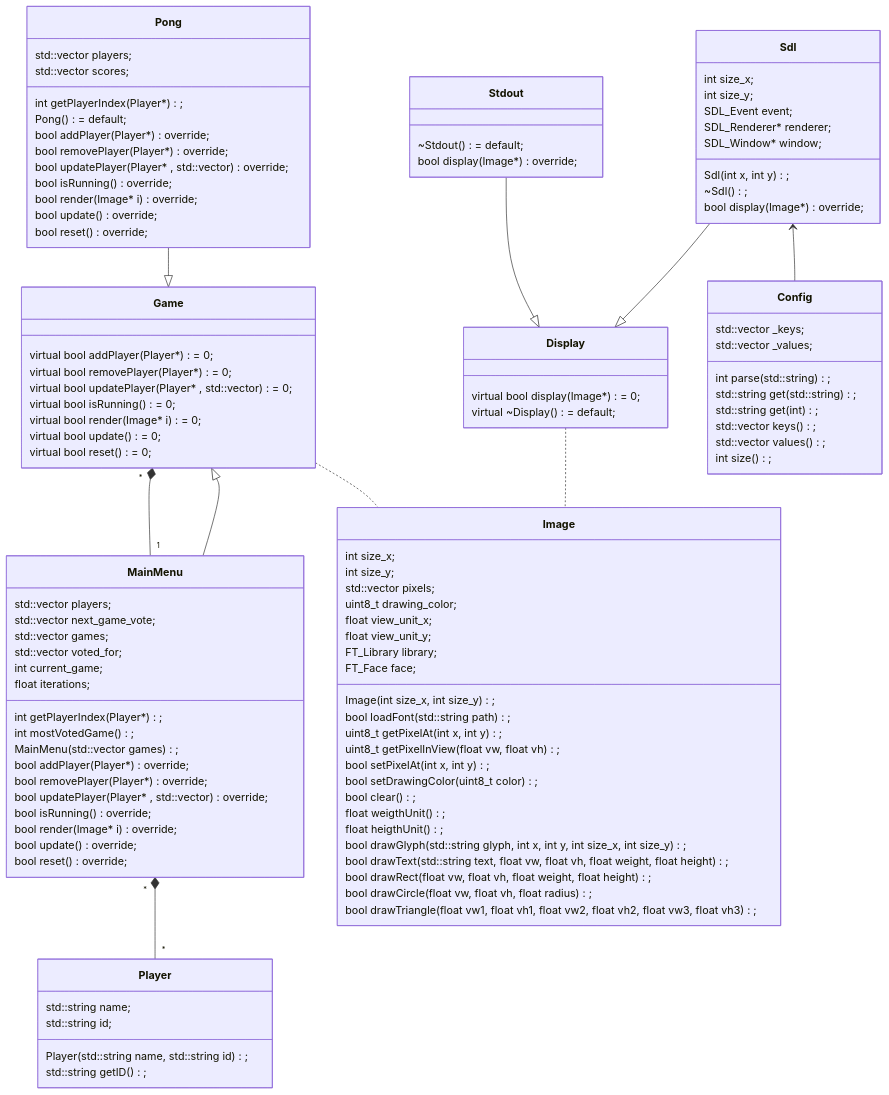
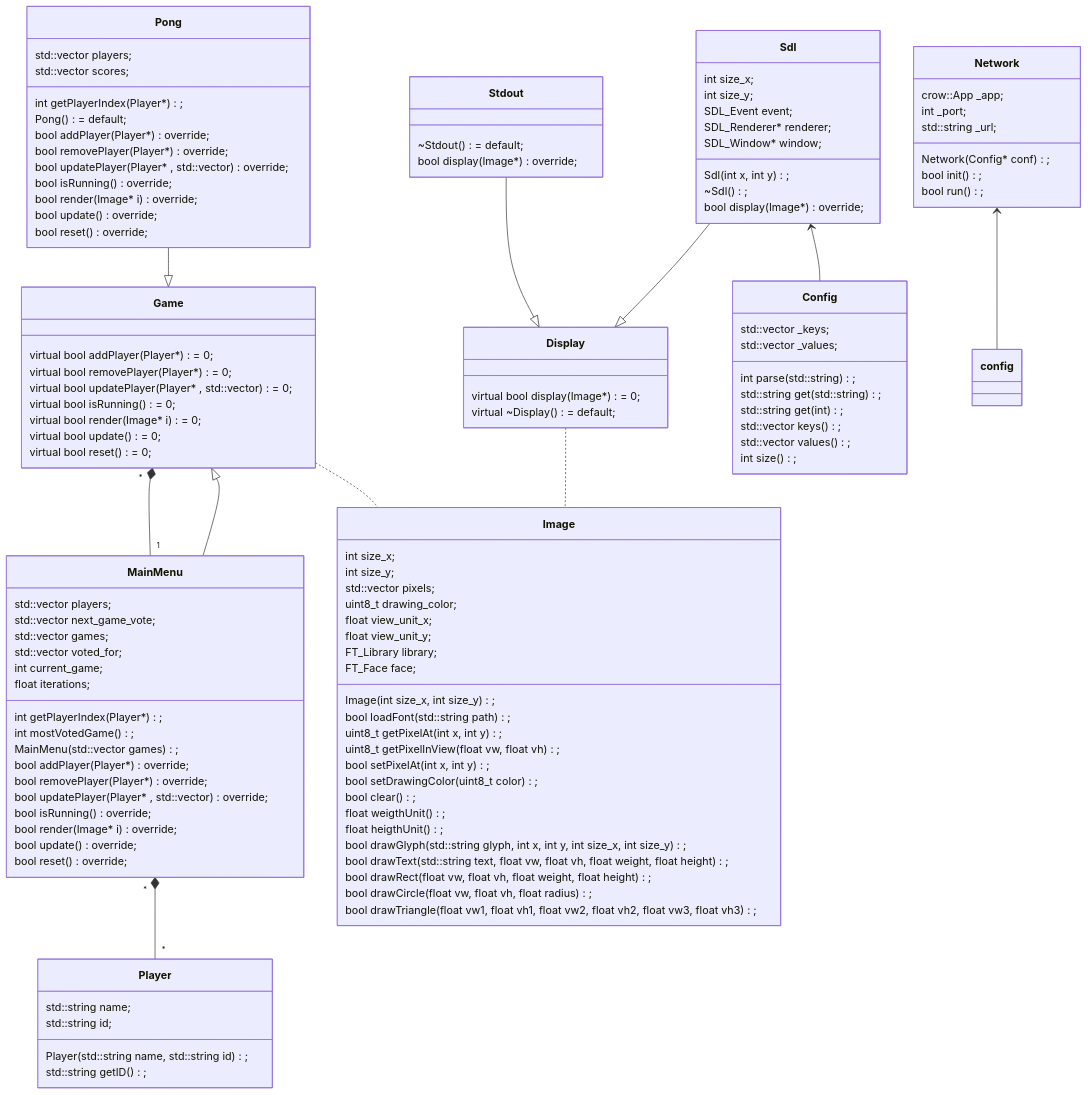
The diagram in README.md (4nimii/LED_matrix), drawn with Mermaid before and after one commit.

```diff
--- a/README.md
+++ b/README.md
@@ -151,12 +151,22 @@
         std::vector<std::string> _values;
 }
 
+class Network {
+        crow::App<crow::CORSHandler> _app;
+        int _port;
+        std::string _url;
+        Network( Config* conf );
+        bool init();
+        bool run();
+}
+
 MainMenu --|> Game
 MainMenu "*" *-- "*"  Player
 Pong --|> Game
 Stdout --|> Display
 Sdl --|> Display
 Sdl <-- Config
+Network <--config
 
 Game .. Image
 Display .. Image
```
